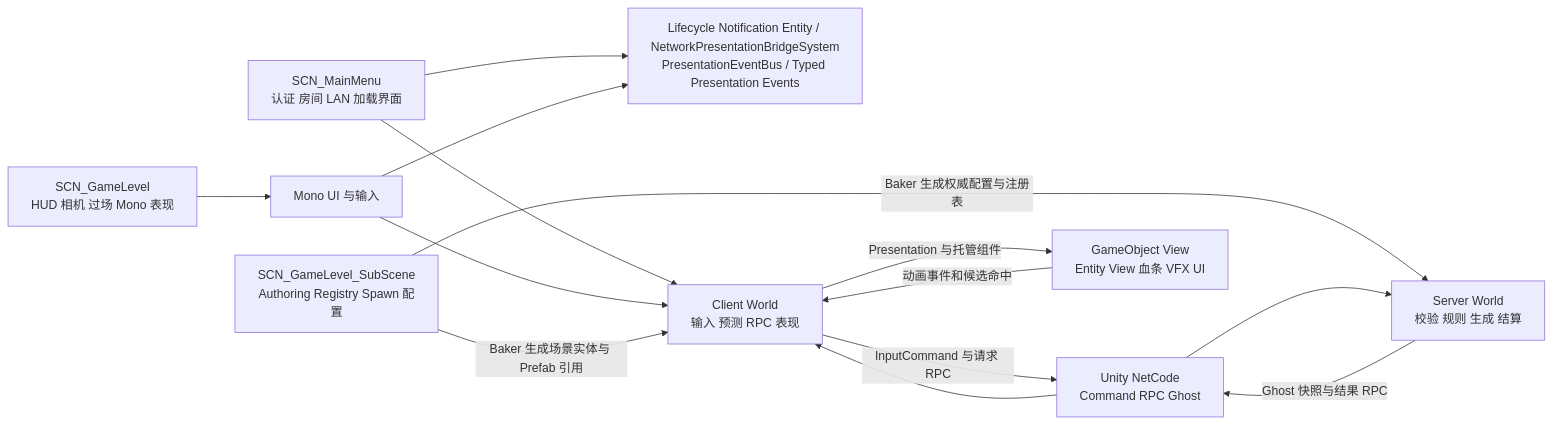
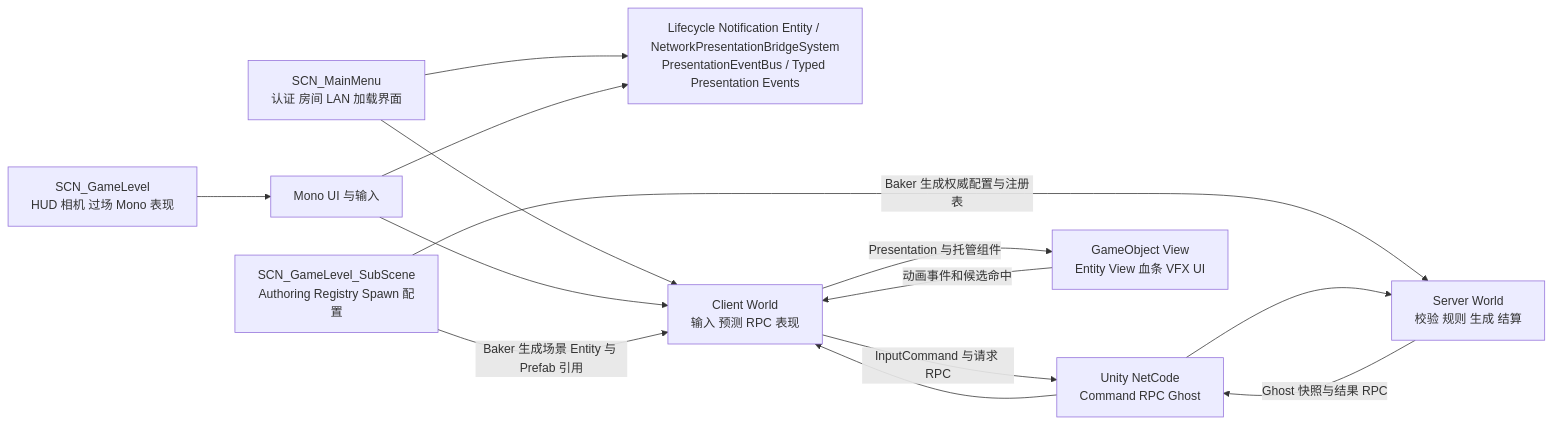
The diagram in docs/Architecture/README.md (mcaswen/AnimarsCatcher), drawn with Mermaid before and after one commit. The commit also changed other lines of this file and 10 other files, not shown here.

````diff
--- a/docs/Architecture/README.md
+++ b/docs/Architecture/README.md
@@ -48,26 +49,26 @@
 ```mermaid
 flowchart LR
     Menu[SCN_MainMenu<br/>认证 房间 LAN 加载界面]
     Game[SCN_GameLevel<br/>HUD 相机 过场 Mono 表现]
     Sub[SCN_GameLevel_SubScene<br/>Authoring Registry Spawn 配置]
     UI[Mono UI 与输入]
     Bridge[Lifecycle Notification Entity / NetworkPresentationBridgeSystem<br/>PresentationEventBus / Typed Presentation Events]
     Client[Client World<br/>输入 预测 RPC 表现]
     Net[Unity NetCode<br/>Command RPC Ghost]
     Server[Server World<br/>校验 规则 生成 结算]
     View[GameObject View<br/>Entity View 血条 VFX UI]
 
     Menu --> Bridge
     Menu --> Client
     Game --> UI
     UI --> Bridge
     UI --> Client
-    Sub -->|Baker 生成场景实体与 Prefab 引用| Client
+    Sub -->|Baker 生成场景 Entity 与 Prefab 引用| Client
     Sub -->|Baker 生成权威配置与注册表| Server
     Client -->|InputCommand 与请求 RPC| Net
     Net --> Server
     Server -->|Ghost 快照与结果 RPC| Net
     Net --> Client
     Client -->|Presentation 与托管组件| View
     View -->|动画事件和候选命中| Client
 ```
````
